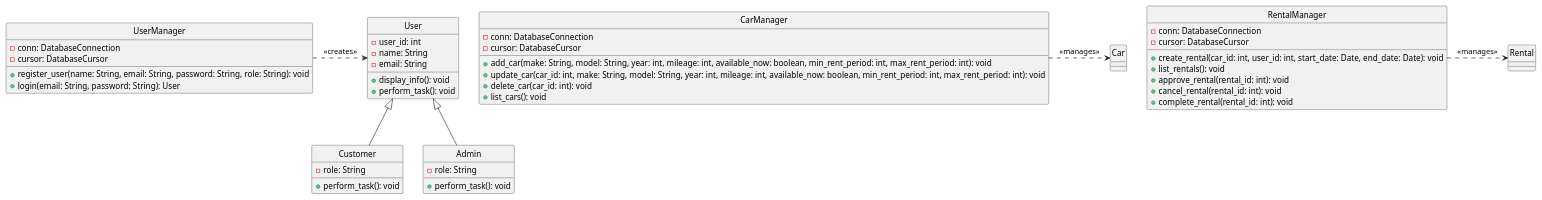
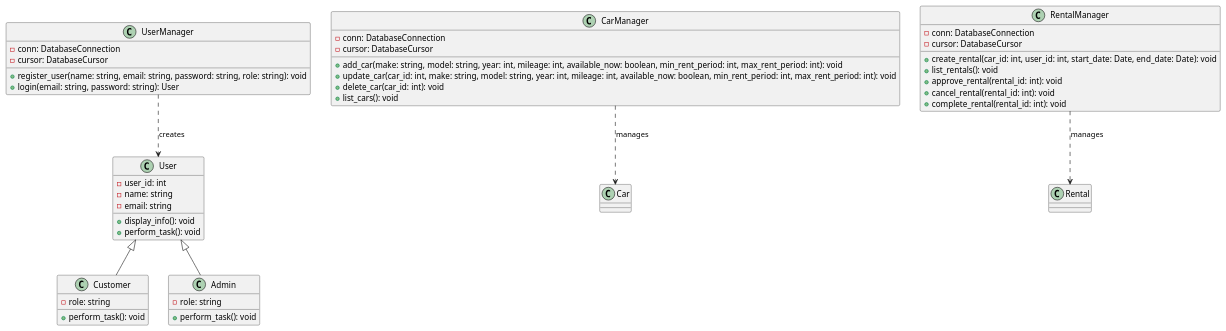
Before and after one commit to EdiBulb/CarRentalService: the diagram in CarRentalService/ClassUML.wsd, drawn with PlantUML. The commit also changed 3 other files, not shown here.

```diff
--- a/CarRentalService/ClassUML.wsd
+++ b/CarRentalService/ClassUML.wsd
@@ -1,52 +1,52 @@
 @startuml
-skinparam style strictuml
 class User {
   - user_id: int
-  - name: String
-  - email: String
+  - name: string
+  - email: string
   + display_info(): void
   + perform_task(): void
 }
 
 class Customer {
-  - role: String
+  - role: string
   + perform_task(): void
 }
 
 class Admin {
-  - role: String
+  - role: string
   + perform_task(): void
 }
 
 class UserManager {
   - conn: DatabaseConnection
   - cursor: DatabaseCursor
-  + register_user(name: String, email: String, password: String, role: String): void
-  + login(email: String, password: String): User
+  + register_user(name: string, email: string, password: string, role: string): void
+  + login(email: string, password: string): User
 }
 
 class CarManager {
   - conn: DatabaseConnection
   - cursor: DatabaseCursor
-  + add_car(make: String, model: String, year: int, mileage: int, available_now: boolean, min_rent_period: int, max_rent_period: int): void
-  + update_car(car_id: int, make: String, model: String, year: int, mileage: int, available_now: boolean, min_rent_period: int, max_rent_period: int): void
+  + add_car(make: string, model: string, year: int, mileage: int, available_now: boolean, min_rent_period: int, max_rent_period: int): void
+  + update_car(car_id: int, make: string, model: string, year: int, mileage: int, available_now: boolean, min_rent_period: int, max_rent_period: int): void
   + delete_car(car_id: int): void
   + list_cars(): void
 }
 
 class RentalManager {
   - conn: DatabaseConnection
   - cursor: DatabaseCursor
   + create_rental(car_id: int, user_id: int, start_date: Date, end_date: Date): void
   + list_rentals(): void
   + approve_rental(rental_id: int): void
   + cancel_rental(rental_id: int): void
   + complete_rental(rental_id: int): void
 }
 
 User <|-- Customer
 User <|-- Admin
-UserManager .right.> User : <<creates>>
-CarManager .right.> Car : <<manages>>
-RentalManager .right.> Rental : <<manages>>
+UserManager ..> User : creates
+CarManager ..> Car : manages
+RentalManager ..> Rental : manages
+
 @enduml
```
